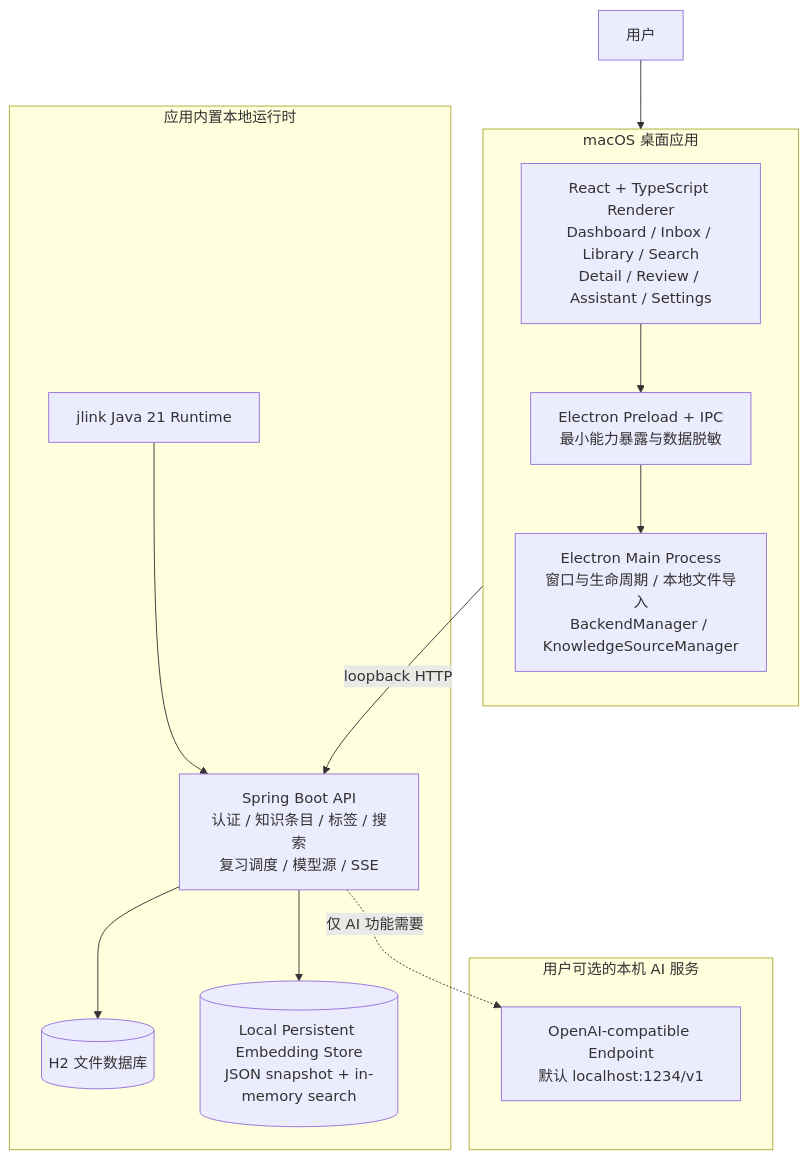
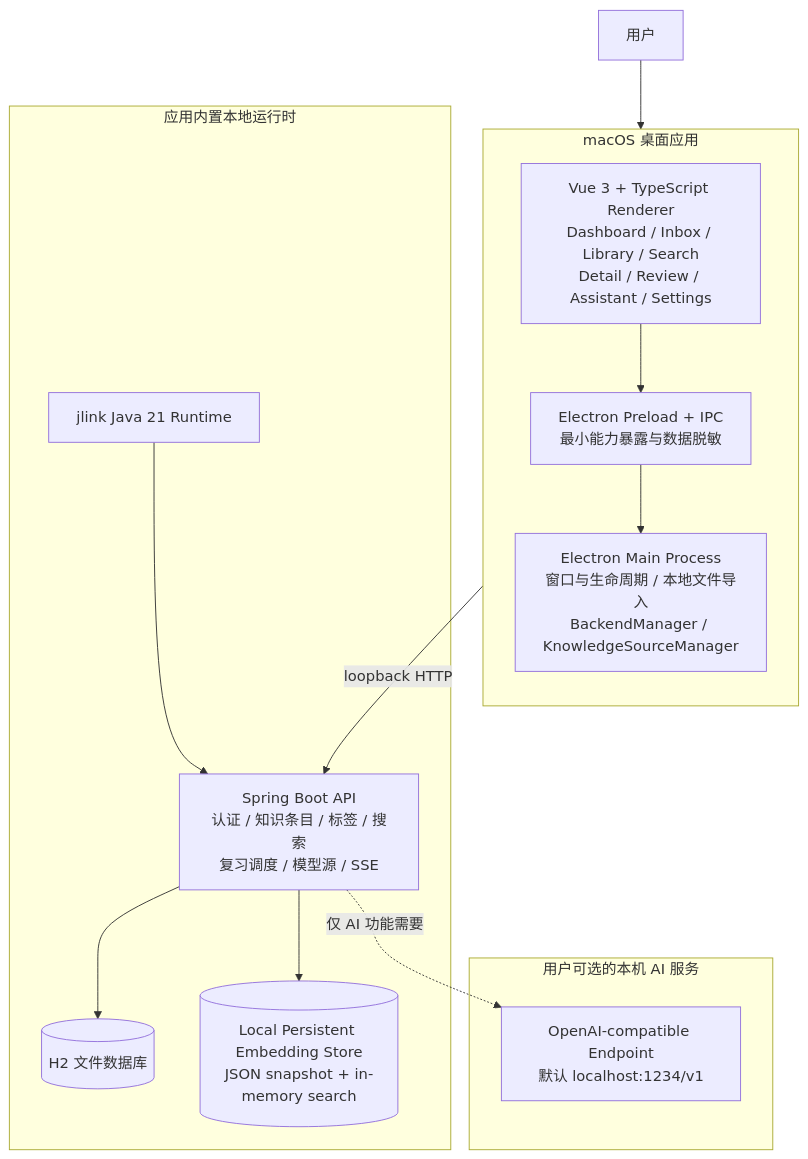
The second of 6 diagrams in PROJECT_SHOWCASE.md (lqq151510/Ai-Agent), drawn with Mermaid before and after one commit. The commit also changed other lines of this file and 10 other files, not shown here.

Commit message:
fix(release): align Vue renderer delivery paths

````diff
--- a/PROJECT_SHOWCASE.md
+++ b/PROJECT_SHOWCASE.md
@@ -28,30 +28,30 @@
 ```mermaid
 flowchart TB
     U[用户]
 
     subgraph Desktop[macOS 桌面应用]
         direction TB
-        UI[React + TypeScript Renderer<br/>Dashboard / Inbox / Library / Search<br/>Detail / Review / Assistant / Settings]
+        UI[Vue 3 + TypeScript Renderer<br/>Dashboard / Inbox / Library / Search<br/>Detail / Review / Assistant / Settings]
         IPC[Electron Preload + IPC<br/>最小能力暴露与数据脱敏]
         MAIN[Electron Main Process<br/>窗口与生命周期 / 本地文件导入<br/>BackendManager / KnowledgeSourceManager]
     end
 
     subgraph LocalRuntime[应用内置本地运行时]
         API[Spring Boot API<br/>认证 / 知识条目 / 标签 / 搜索<br/>复习调度 / 模型源 / SSE]
         DB[(H2 文件数据库)]
         VEC[(Local Persistent Embedding Store<br/>JSON snapshot + in-memory search)]
         JRE[jlink Java 21 Runtime]
     end
 
     subgraph OptionalAI[用户可选的本机 AI 服务]
         MODEL[OpenAI-compatible Endpoint<br/>默认 localhost:1234/v1]
     end
 
     U --> UI
     UI --> IPC --> MAIN
     MAIN -->|loopback HTTP| API
     JRE --> API
     API --> DB
     API --> VEC
     API -.->|仅 AI 功能需要| MODEL
 ```
````
